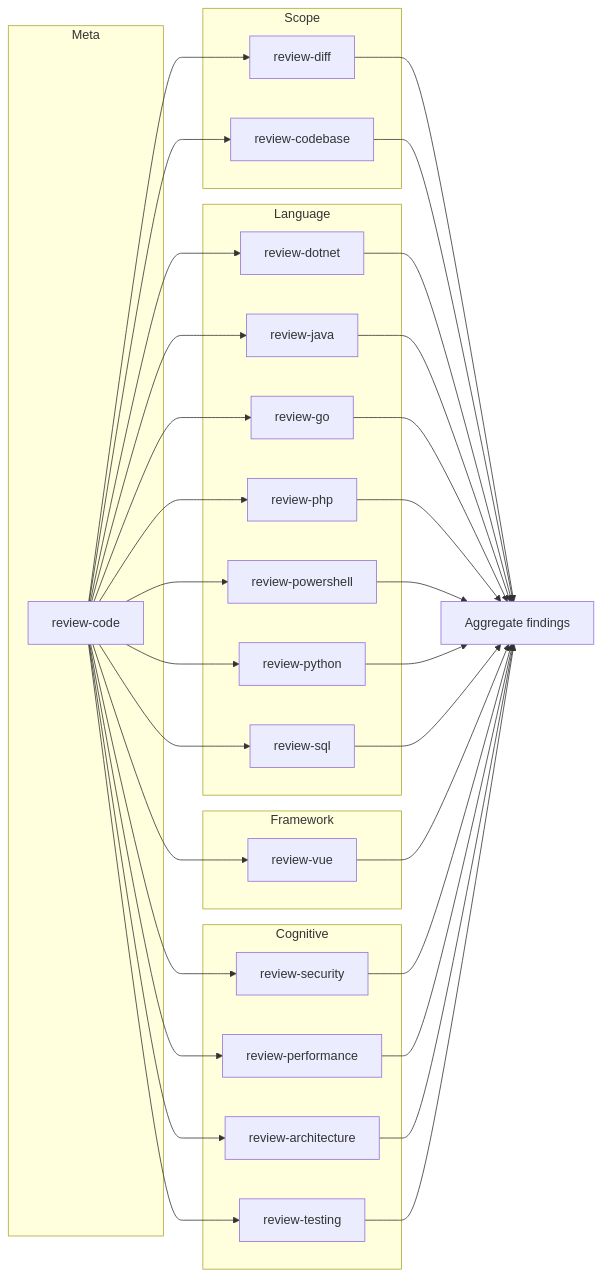
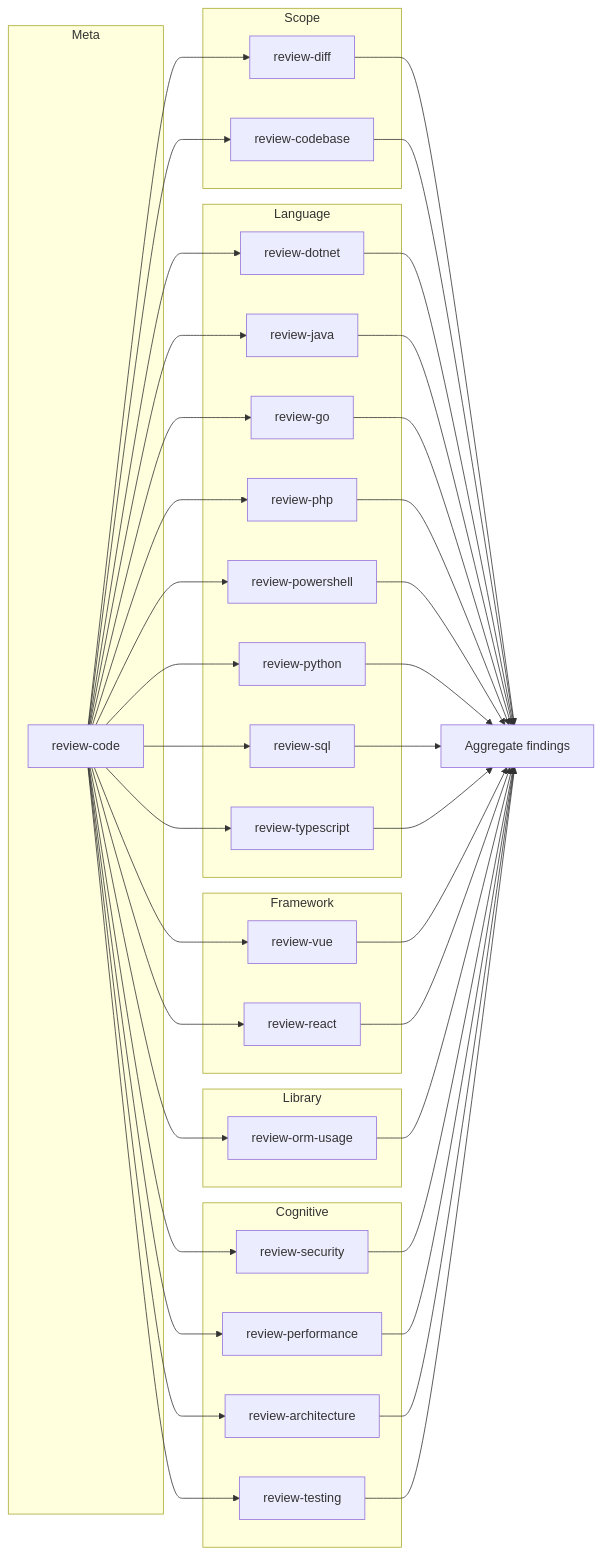
The diagram in skills/skillgraph.md (nesnilnehc/ai-cortex), drawn with Mermaid before and after one commit. The commit also changed other lines of this file and 21 other files, not shown here.

````diff
--- a/skills/skillgraph.md
+++ b/skills/skillgraph.md
@@ -38,56 +38,67 @@
 ```mermaid
 flowchart LR
   subgraph meta [Meta]
     review_code[review-code]
   end
   subgraph scope [Scope]
     review_diff[review-diff]
     review_codebase[review-codebase]
   end
   subgraph lang [Language]
     review_dotnet[review-dotnet]
     review_java[review-java]
     review_go[review-go]
     review_php[review-php]
     review_powershell[review-powershell]
     review_python[review-python]
     review_sql[review-sql]
+    review_typescript[review-typescript]
   end
   subgraph fw [Framework]
     review_vue[review-vue]
+    review_react[review-react]
+  end
+  subgraph lib [Library]
+    review_orm[review-orm-usage]
   end
   subgraph cognitive [Cognitive]
     review_security[review-security]
     review_perf[review-performance]
     review_arch[review-architecture]
     review_testing[review-testing]
   end
   review_code --> review_diff
   review_code --> review_codebase
   review_code --> review_dotnet
   review_code --> review_java
   review_code --> review_go
   review_code --> review_php
   review_code --> review_powershell
   review_code --> review_python
   review_code --> review_sql
+  review_code --> review_typescript
   review_code --> review_vue
+  review_code --> review_react
+  review_code --> review_orm
   review_code --> review_security
   review_code --> review_perf
   review_code --> review_arch
   review_code --> review_testing
   review_diff --> aggregate[Aggregate findings]
   review_codebase --> aggregate
   review_dotnet --> aggregate
   review_java --> aggregate
   review_go --> aggregate
   review_php --> aggregate
   review_powershell --> aggregate
   review_python --> aggregate
   review_sql --> aggregate
+  review_typescript --> aggregate
   review_vue --> aggregate
+  review_react --> aggregate
+  review_orm --> aggregate
   review_security --> aggregate
   review_perf --> aggregate
   review_arch --> aggregate
   review_testing --> aggregate
 ```
````
